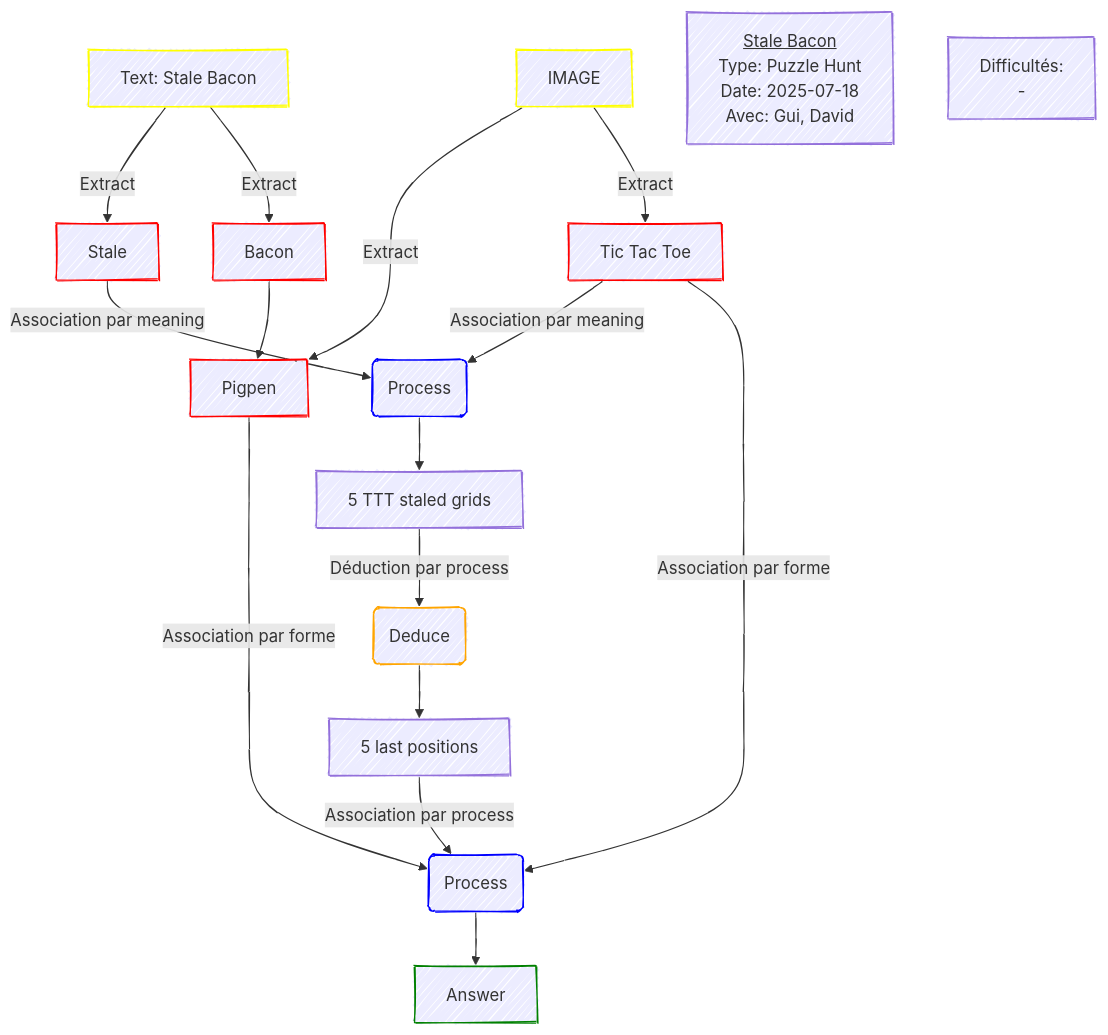
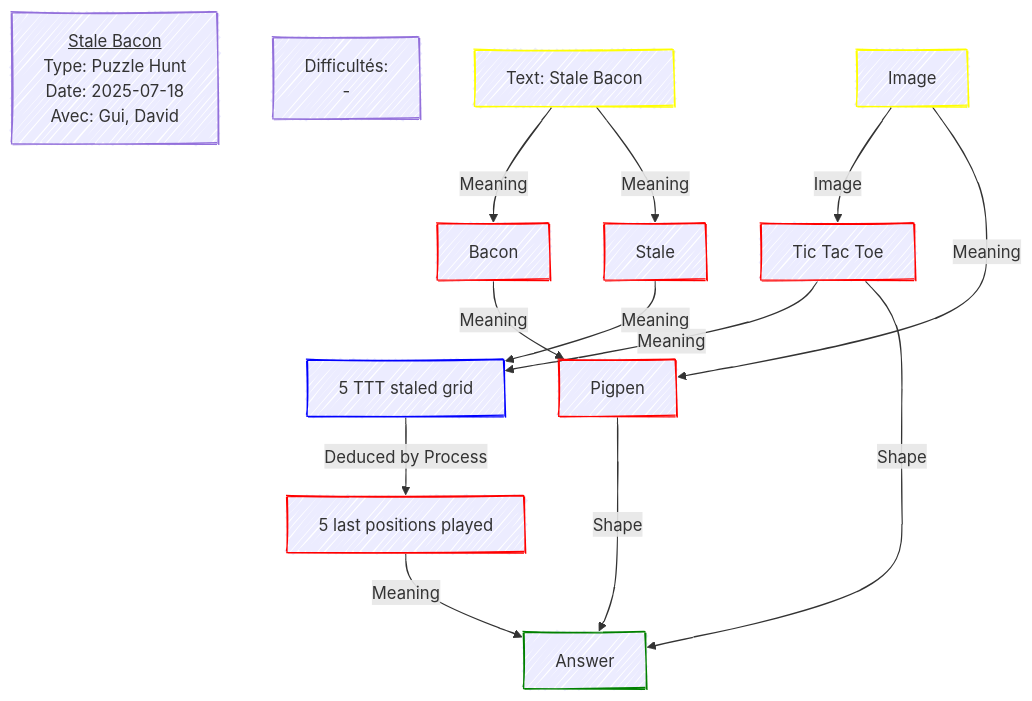
The diagram in src/assets/puzzle/Glyph7-1.1-Stale Bacon.md (evadesencavale/chilibijou), drawn with Mermaid before and after one commit. The commit also changed 1 other file, not shown here.

````diff
--- a/src/assets/puzzle/Glyph7-1.1-Stale Bacon.md
+++ b/src/assets/puzzle/Glyph7-1.1-Stale Bacon.md
@@ -1,62 +1,55 @@
 ```mermaid
 ---
 config:
-  title: Stale Bacon
   look: handDrawn
 ---
 flowchart TD
-    StaleBacon[Text: Stale Bacon] --> |Extract| Stale
-    StaleBacon --> |Extract| Bacon
+  INFO[<u>Stale Bacon</u>
+    Type: Puzzle Hunt
+    Date: 2025-07-18
+    Avec: Gui, David]
+  click INFO href "https://g7.glyph.wtf/hunt/ep/1/pz/2/" "Stale Bacon"
+  DIFF[Difficultés:
+    -
+  ]
+%%%%%%%%%%%%%%%%%%%%%%%%%%%%%%%%%%%%%%%%%%%%
+  TITLE[Text: Stale Bacon]
+  style TITLE stroke:yellow
+  IMG1[Image]
+  style IMG1 stroke:yellow
 
-    IMG1[IMAGE] --> |Extract| Pigpen
-    IMG1[IMAGE] --> |Extract| TTT[Tic Tac Toe]
+  STALE[Stale]
+  style STALE stroke:red
+  BACON[Bacon]
+  style BACON stroke:red
+  TTT[Tic Tac Toe]
+  style TTT stroke:red
 
-    Stale --> |Association par meaning| P1(Process)
-    TTT --> |Association par meaning| P1(Process)
+  IMG1 --> |Image| TTT
+  TITLE --> |Meaning| BACON
+  TITLE --> |Meaning| STALE
 
-    Bacon --> Pigpen
+  TTTS[5 TTT staled grid]
+  style TTTS stroke:blue
 
-    P1(Process) --> TTTR[5 TTT staled grids]
+  STALE --> |Meaning| TTTS
+  TTT --> |Meaning| TTTS
 
-    TTTR --> |Déduction par process| D1(Deduce)
+  PIGPEN[Pigpen]
+  style PIGPEN stroke:red
 
-    D1 --> TTTP[5 last positions]
+  BACON --> |Meaning| PIGPEN
+  IMG1 --> |Meaning| PIGPEN
 
-    TTT --> |Association par forme| P2(Process)
-    TTTP --> |Association par process| P2
-    Pigpen --> |Association par forme| P2
+  LTTTP[5 last positions played]
+  style LTTTP stroke:red
 
-    P2 --> Answer
+  TTTS --> |Deduced by Process| LTTTP
 
-    %%%%%%%%%%%%%%%%%%%%%%%%%%%%%%%%%%%%%%%%%%%%%%%%%%%
+  TTT --> |Shape| Answer
+  PIGPEN --> |Shape| Answer
+  LTTTP --> |Meaning| Answer
 
-    TITLE[<u>Stale Bacon</u>
-        Type: Puzzle Hunt
-        Date: 2025-07-18
-        Avec: Gui, David
-        ]
-
-    click TITLE href "https://g7.glyph.wtf/hunt/ep/1/pz/2/" "Stale Bacon"
-    DIFF[Difficultés:
-    - ]
-
-    %%%%%%%%%%%%%%%%%%%%%%%%%%%%%%%%%%%%%%%%%%%%%%%%%%%
-    %%%%%%%%%%%%%%%%%%%%%%%%%%%%%%%%%%%%%%%%%%%%%%%%%%%
-    classDef startingInfo stroke:yellow
-    class StaleBacon,IMG1 startingInfo
-
-    classDef meaningExtraction stroke:red
-    class Bacon,Stale,TTT,Pigpen meaningExtraction
-
-    classDef process stroke:blue
-    class P1,P2 process
-
-    classDef deduction stroke:orange
-    class D1 deduction
-
-    classDef answer stroke: green
-    class Answer answer
-
-    %%%%%%%%%%%%%%%%%%%%%%%%%%%%%%%%%%%%%%%%%%%%%%%%%%%
-    %%%%%%%%%%%%%%%%%%%%%%%%%%%%%%%%%%%%%%%%%%%%%%%%%%%
+  Answer
+  style Answer stroke:green
 ```
````
